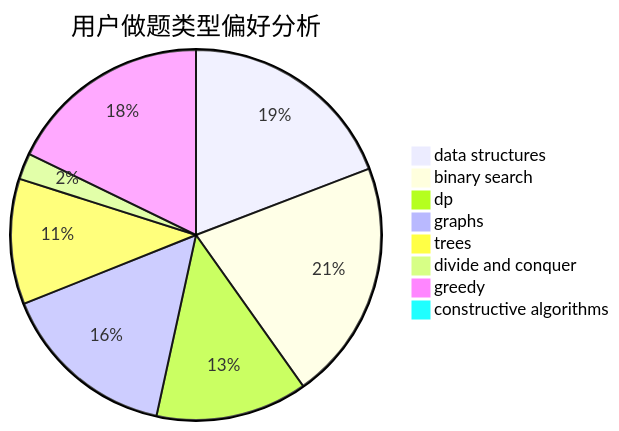
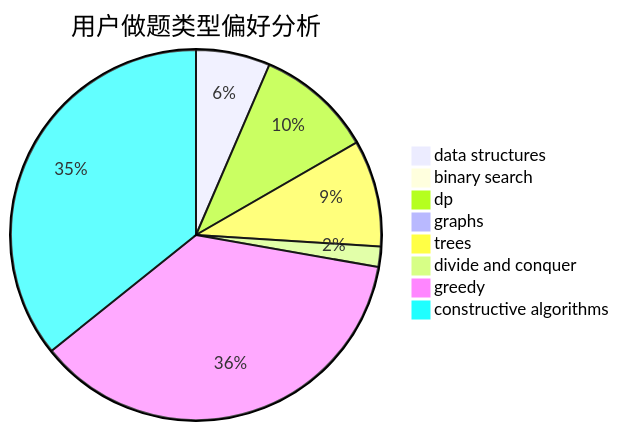
Before and after one commit to sherpahu/cfrs.github.io: the second of 3 diagrams in docs/user/u2188.md, drawn with Mermaid. The commit also changed other lines of this file and 2770 other files, not shown here.

````diff
--- a/docs/user/u2188.md
+++ b/docs/user/u2188.md
@@ -23,11 +23,11 @@
 ```mermaid
 pie title 用户做题类型偏好分析
-    "data structures" :  42
-    "binary search" :  46
-    "dp" :  29
-    "graphs" :  34
-    "trees" :  24
-    "divide and conquer" :  5
-    "greedy" :  39
-    "constructive algorithms" :  0
+    "data structures" :  73
+    "binary search" :  1
+    "dp" :  115
+    "graphs" :  9
+    "trees" :  105
+    "divide and conquer" :  20
+    "greedy" :  411
+    "constructive algorithms" :  403
 ```
````
